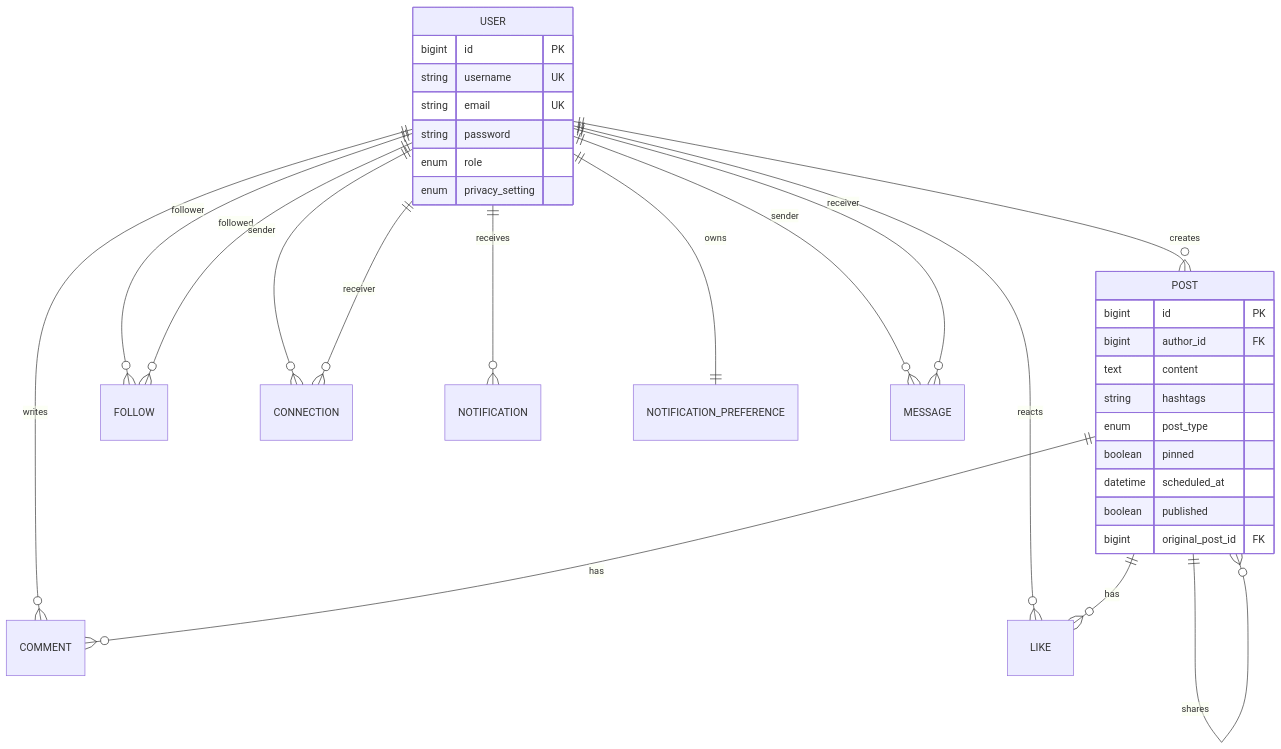
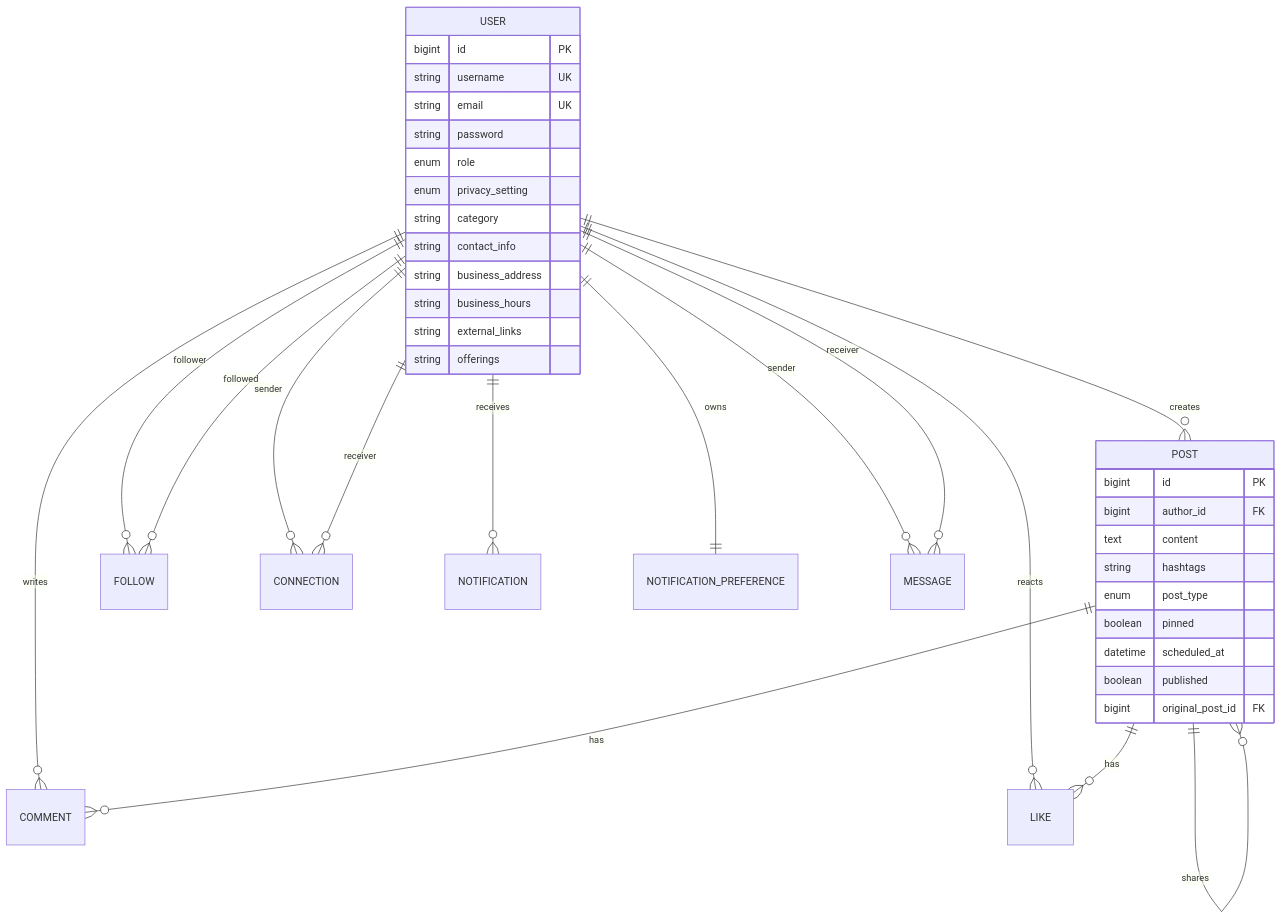
Before and after one commit to Saipavan6635/P2_RevConnect_Saipavan-: the diagram in docs/ERD.md, drawn with Mermaid. The commit also changed other lines of this file and 47 other files, not shown here.

````diff
--- a/docs/ERD.md
+++ b/docs/ERD.md
@@ -3,39 +3,45 @@
 ```mermaid
 erDiagram
     USER ||--o{ POST : creates
     USER ||--o{ COMMENT : writes
     USER ||--o{ LIKE : reacts
     USER ||--o{ FOLLOW : follower
     USER ||--o{ FOLLOW : followed
     USER ||--o{ CONNECTION : sender
     USER ||--o{ CONNECTION : receiver
     USER ||--o{ NOTIFICATION : receives
     USER ||--|| NOTIFICATION_PREFERENCE : owns
     USER ||--o{ MESSAGE : sender
     USER ||--o{ MESSAGE : receiver
 
     POST ||--o{ COMMENT : has
     POST ||--o{ LIKE : has
     POST ||--o{ POST : shares
 
     USER {
       bigint id PK
       string username UK
       string email UK
       string password
       enum role
       enum privacy_setting
+      string category
+      string contact_info
+      string business_address
+      string business_hours
+      string external_links
+      string offerings
     }
 
     POST {
       bigint id PK
       bigint author_id FK
       text content
       string hashtags
       enum post_type
       boolean pinned
       datetime scheduled_at
       boolean published
       bigint original_post_id FK
     }
 ```
````
